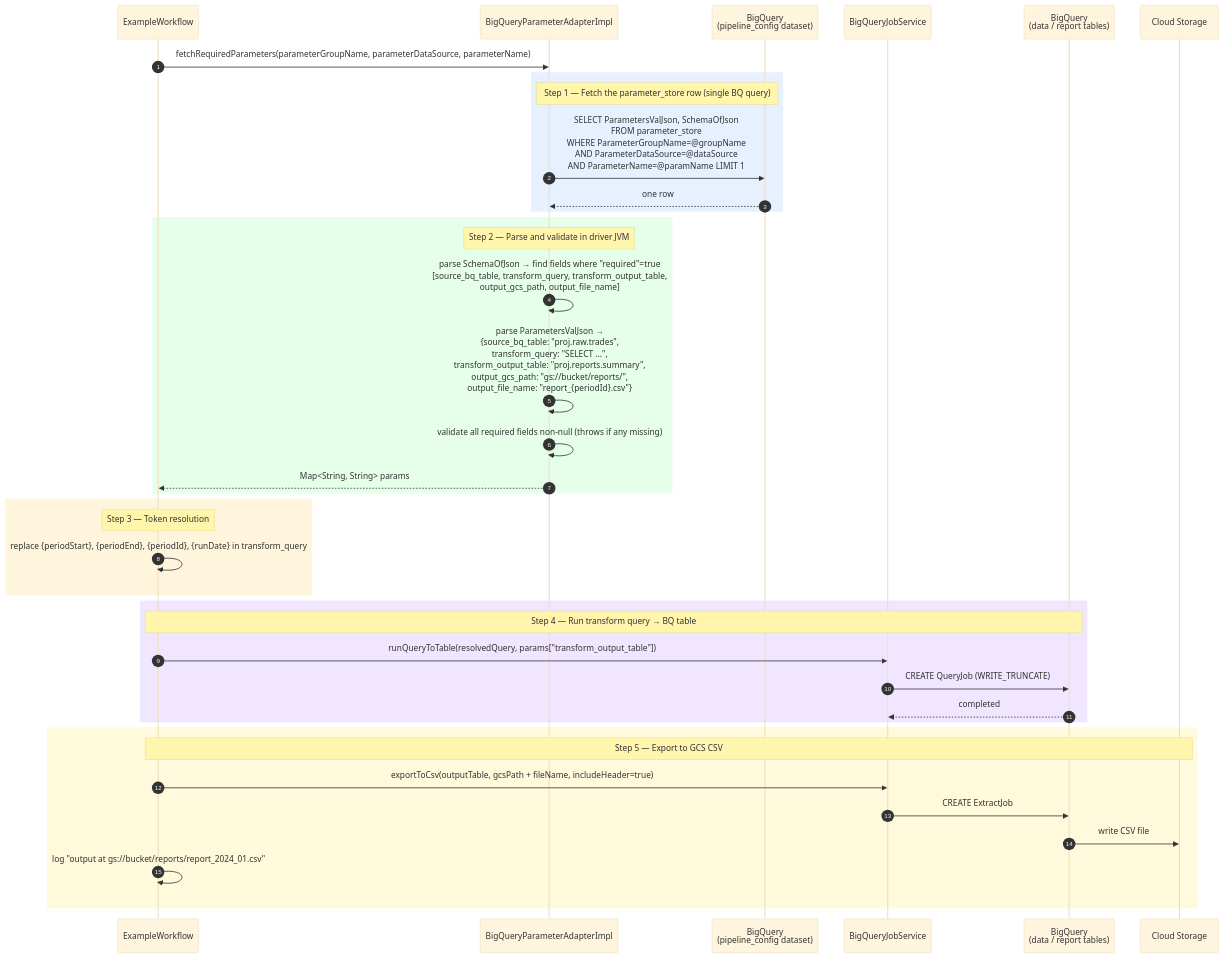
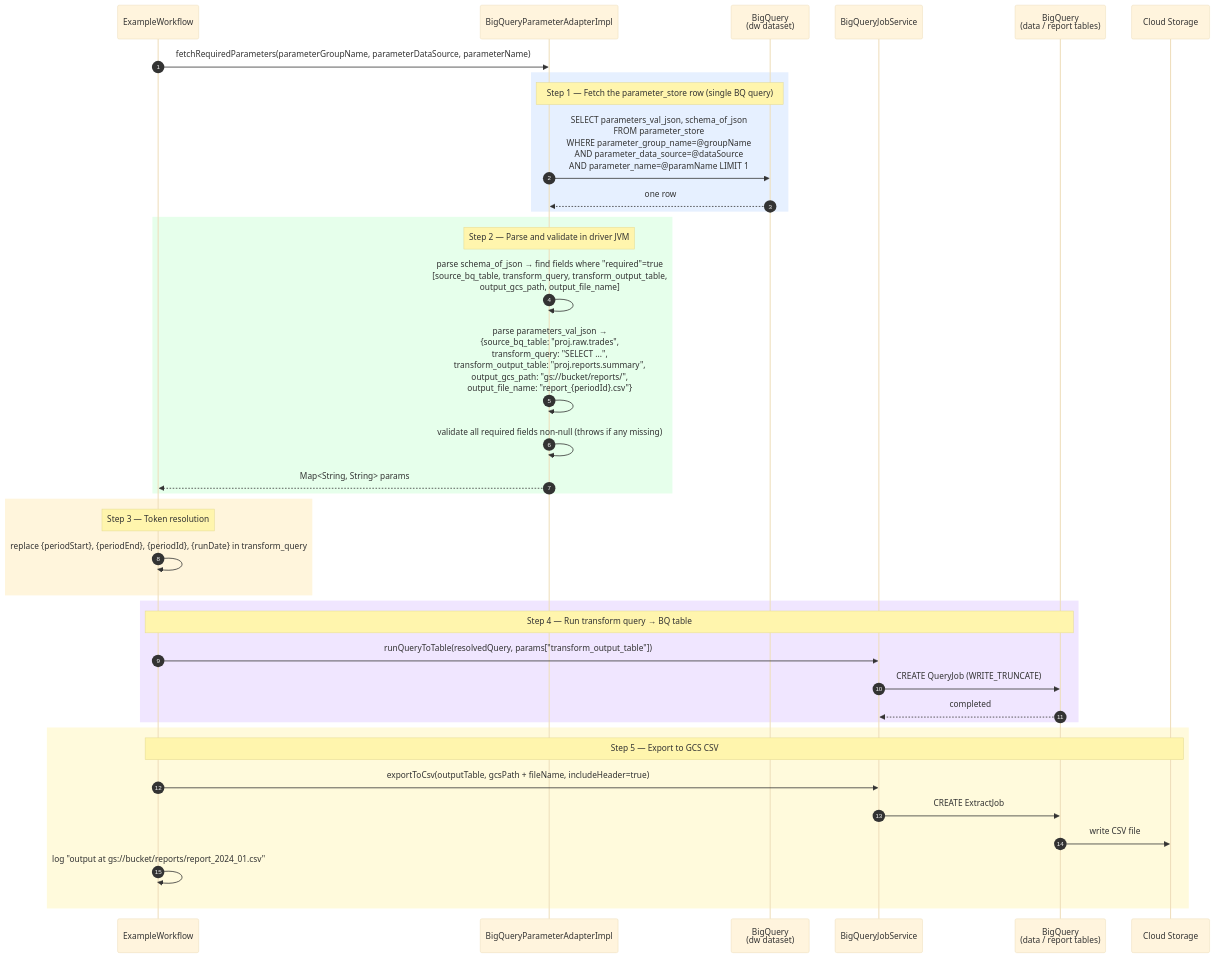
Before and after one commit to tushark-16bit/beam_framework: the seventh of 13 diagrams in WALKTHROUGH.md, drawn with Mermaid (base theme). The commit also changed other lines of this file and 10 other files, not shown here.

First line of the commit message:
Rename parameter_store columns to lower_snake_case and change default dataset to dw

````diff
--- a/WALKTHROUGH.md
+++ b/WALKTHROUGH.md
@@ -320,46 +320,46 @@
 ```mermaid
 sequenceDiagram
     autonumber
     participant EW as ExampleWorkflow
     participant Adapter as BigQueryParameterAdapterImpl
-    participant CfgBQ as BigQuery<br/>(pipeline_config dataset)
+    participant CfgBQ as BigQuery<br/>(dw dataset)
     participant BQJob as BigQueryJobService
     participant DataBQ as BigQuery<br/>(data / report tables)
     participant GCS as Cloud Storage
 
     EW->>Adapter: fetchRequiredParameters(parameterGroupName, parameterDataSource, parameterName)
 
     rect rgb(230, 240, 255)
         Note over Adapter,CfgBQ: Step 1 — Fetch the parameter_store row (single BQ query)
-        Adapter->>CfgBQ: SELECT ParametersValJson, SchemaOfJson<br/>FROM parameter_store<br/>WHERE ParameterGroupName=@groupName<br/>AND ParameterDataSource=@dataSource<br/>AND ParameterName=@paramName LIMIT 1
+        Adapter->>CfgBQ: SELECT parameters_val_json, schema_of_json<br/>FROM parameter_store<br/>WHERE parameter_group_name=@groupName<br/>AND parameter_data_source=@dataSource<br/>AND parameter_name=@paramName LIMIT 1
         CfgBQ-->>Adapter: one row
     end
 
     rect rgb(230, 255, 235)
         Note over Adapter,Adapter: Step 2 — Parse and validate in driver JVM
-        Adapter->>Adapter: parse SchemaOfJson → find fields where "required"=true<br/>[source_bq_table, transform_query, transform_output_table,<br/>output_gcs_path, output_file_name]
-        Adapter->>Adapter: parse ParametersValJson →<br/>{source_bq_table: "proj.raw.trades",<br/>transform_query: "SELECT ...",<br/>transform_output_table: "proj.reports.summary",<br/>output_gcs_path: "gs://bucket/reports/",<br/>output_file_name: "report_{periodId}.csv"}
+        Adapter->>Adapter: parse schema_of_json → find fields where "required"=true<br/>[source_bq_table, transform_query, transform_output_table,<br/>output_gcs_path, output_file_name]
+        Adapter->>Adapter: parse parameters_val_json →<br/>{source_bq_table: "proj.raw.trades",<br/>transform_query: "SELECT ...",<br/>transform_output_table: "proj.reports.summary",<br/>output_gcs_path: "gs://bucket/reports/",<br/>output_file_name: "report_{periodId}.csv"}
         Adapter->>Adapter: validate all required fields non-null (throws if any missing)
         Adapter-->>EW: Map<String, String> params
     end
 
     rect rgb(255, 245, 220)
         Note over EW,EW: Step 3 — Token resolution
         EW->>EW: replace {periodStart}, {periodEnd}, {periodId}, {runDate} in transform_query
     end
 
     rect rgb(240, 230, 255)
         Note over EW,DataBQ: Step 4 — Run transform query → BQ table
         EW->>BQJob: runQueryToTable(resolvedQuery, params["transform_output_table"])
         BQJob->>DataBQ: CREATE QueryJob (WRITE_TRUNCATE)
         DataBQ-->>BQJob: completed
     end
 
     rect rgb(255, 250, 220)
         Note over EW,GCS: Step 5 — Export to GCS CSV
         EW->>BQJob: exportToCsv(outputTable, gcsPath + fileName, includeHeader=true)
         BQJob->>DataBQ: CREATE ExtractJob
         DataBQ->>GCS: write CSV file
         EW->>EW: log "output at gs://bucket/reports/report_2024_01.csv"
     end
 ```
````
